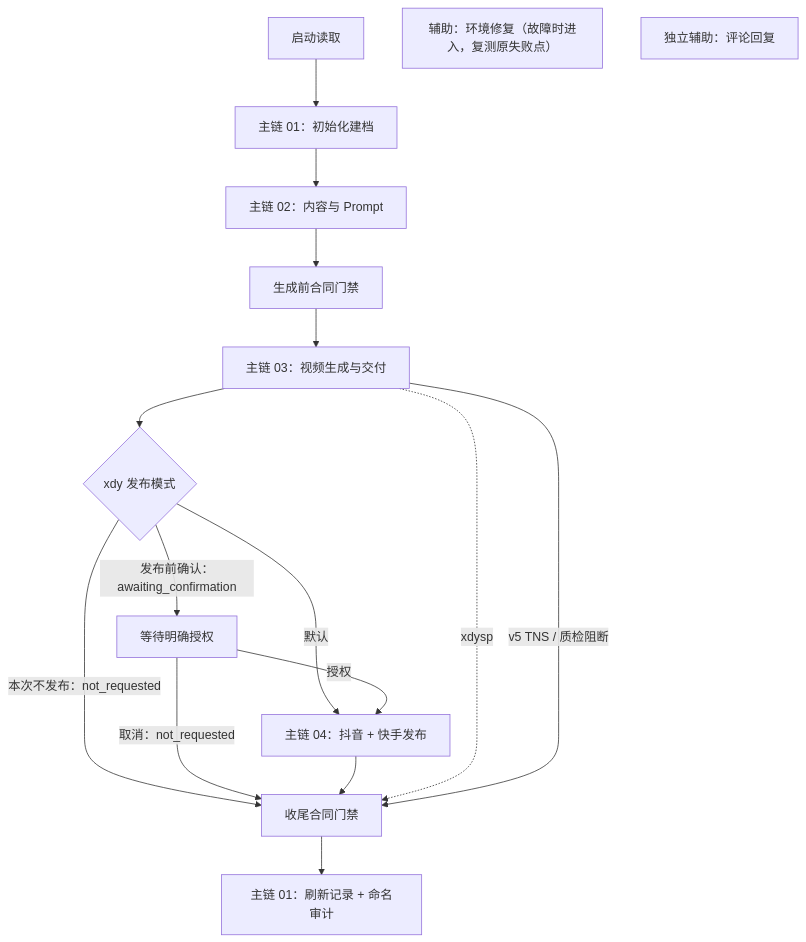
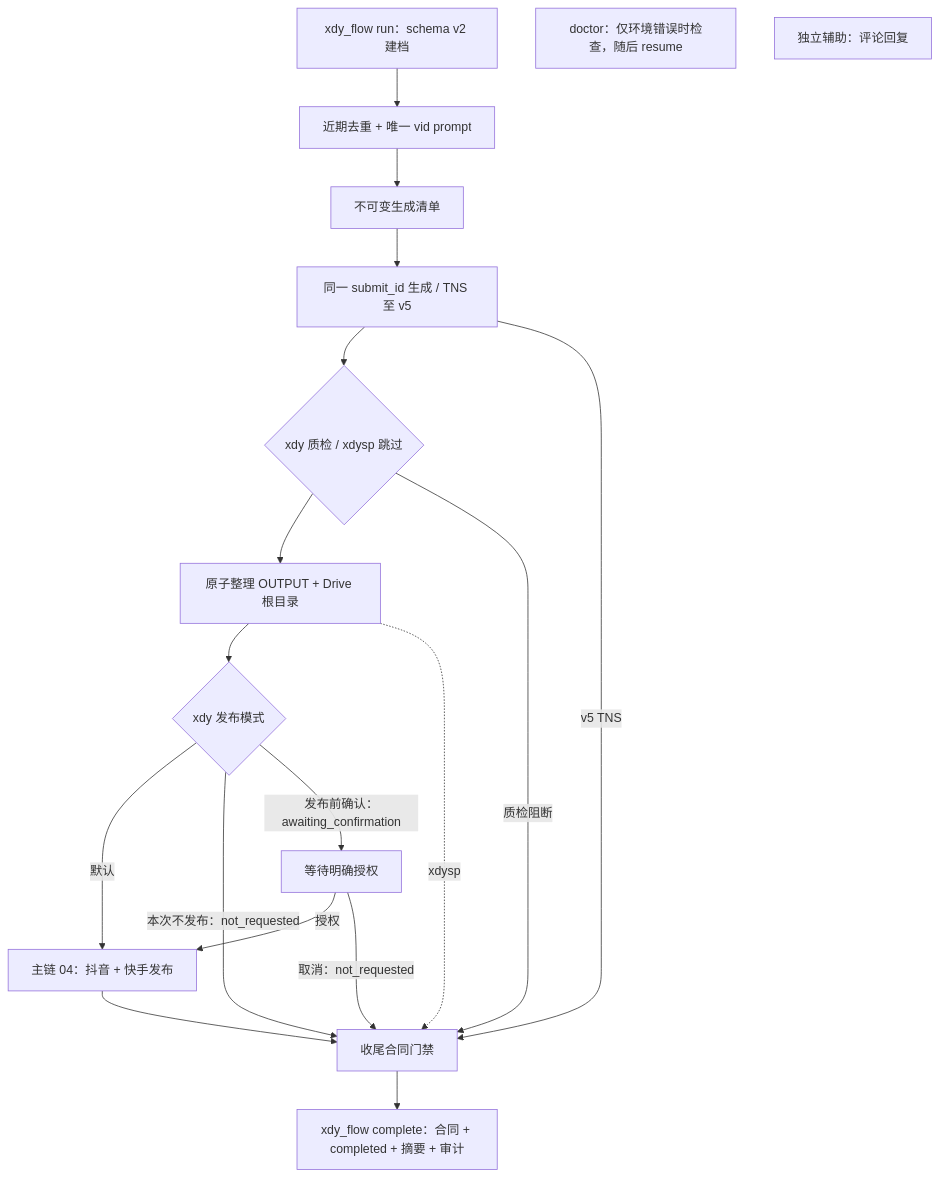
The diagram in README.md (xsddpx/dy), drawn with Mermaid before and after one commit. The commit also changed 42 other files, not shown here.

````diff
--- a/README.md
+++ b/README.md
@@ -6,19 +6,21 @@
 ```mermaid
 flowchart TD
-  A["启动读取"] --> B["主链 01：初始化建档"]
-  B --> C["主链 02：内容与 Prompt"]
-  C --> P["生成前合同门禁"]
-  P --> D["主链 03：视频生成与交付"]
-  D --> G{"xdy 发布模式"}
+  A["xdy_flow run：schema v2 建档"] --> C["近期去重 + 唯一 vid prompt"]
+  C --> P["不可变生成清单"]
+  P --> D["同一 submit_id 生成 / TNS 至 v5"]
+  D --> Q{"xdy 质检 / xdysp 跳过"}
+  Q --> U["原子整理 OUTPUT + Drive 根目录"]
+  U --> G{"xdy 发布模式"}
   G -- "默认" --> E["主链 04：抖音 + 快手发布"]
   G -- "本次不发布：not_requested" --> F["收尾合同门禁"]
   G -- "发布前确认：awaiting_confirmation" --> H["等待明确授权"]
   H -- "授权" --> E
   H -- "取消：not_requested" --> F
   E --> F
-  D -. "xdysp" .-> F
-  D -- "v5 TNS / 质检阻断" --> F
-  F --> R["主链 01：刷新记录 + 命名审计"]
-  X["辅助：环境修复（故障时进入，复测原失败点）"]
+  U -. "xdysp" .-> F
+  D -- "v5 TNS" --> F
+  Q -- "质检阻断" --> F
+  F --> R["xdy_flow complete：合同 + completed + 摘要 + 审计"]
+  X["doctor：仅环境错误时检查，随后 resume"]
   Y["独立辅助：评论回复"]
 ```
````
